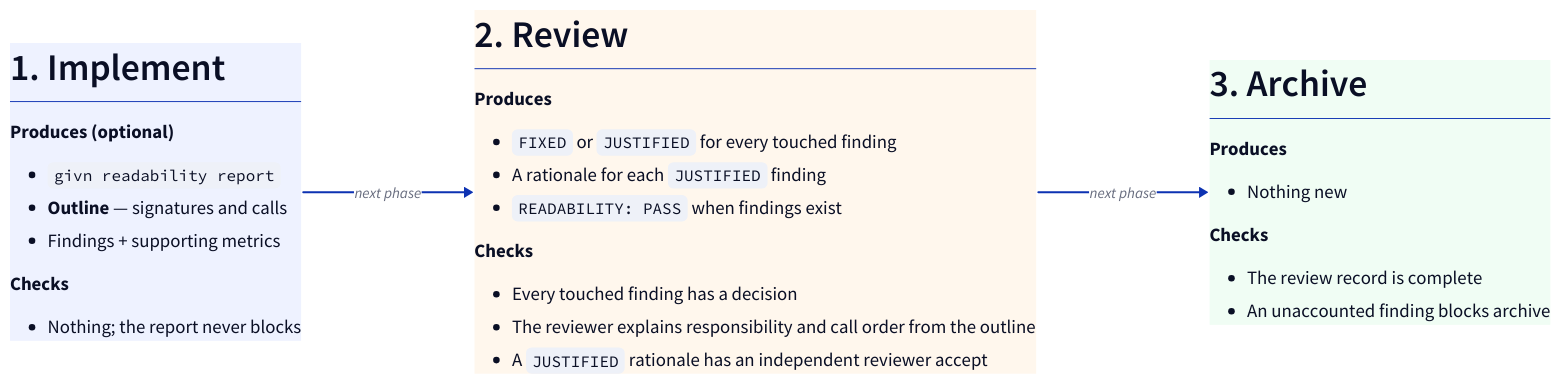
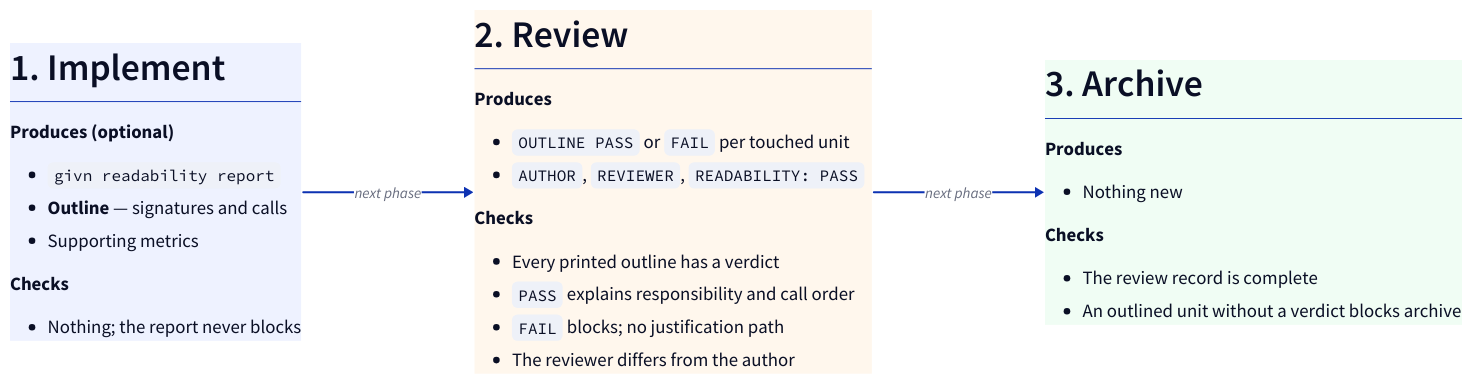
The diagram in docs/readability-workflow.d2 (buster/givn), drawn with D2 before and after one commit. The commit also changed 17 other files, not shown here.

First line of the commit message:
feat(readability): make the outline the review gate

```diff
--- a/docs/readability-workflow.d2
+++ b/docs/readability-workflow.d2
@@ -1,63 +1,63 @@
 direction: right
 
 
 implement: |md
   # 1. Implement
 
   **Produces (optional)**
 
   - `givn readability report`
   - **Outline** — signatures and calls
-  - Findings + supporting metrics
+  - Supporting metrics
 
   **Checks**
 
   - Nothing; the report never blocks
 | {
   style.fill: "#eef2ff"
   style.stroke: "#4f46e5"
   style.border-radius: 10
   style.font-size: 20
 }
 
 review: |md
   # 2. Review
 
   **Produces**
 
-  - `FIXED` or `JUSTIFIED` for every touched finding
-  - A rationale for each `JUSTIFIED` finding
-  - `READABILITY: PASS` when findings exist
+  - `OUTLINE PASS` or `FAIL` per touched unit
+  - `AUTHOR`, `REVIEWER`, `READABILITY: PASS`
 
   **Checks**
 
-  - Every touched finding has a decision
-  - The reviewer explains responsibility and call order from the outline
-  - A `JUSTIFIED` rationale has an independent reviewer accept
+  - Every printed outline has a verdict
+  - `PASS` explains responsibility and call order
+  - `FAIL` blocks; no justification path
+  - The reviewer differs from the author
 | {
   style.fill: "#fff7ed"
   style.stroke: "#ea580c"
   style.border-radius: 10
   style.font-size: 20
 }
 
 archive: |md
   # 3. Archive
 
   **Produces**
 
   - Nothing new
 
   **Checks**
 
   - The review record is complete
-  - An unaccounted finding blocks archive
+  - An outlined unit without a verdict blocks archive
 | {
   style.fill: "#f0fdf4"
   style.stroke: "#16a34a"
   style.border-radius: 10
   style.font-size: 20
 }
 
 implement -> review: "next phase"
 review -> archive: "next phase"
```
